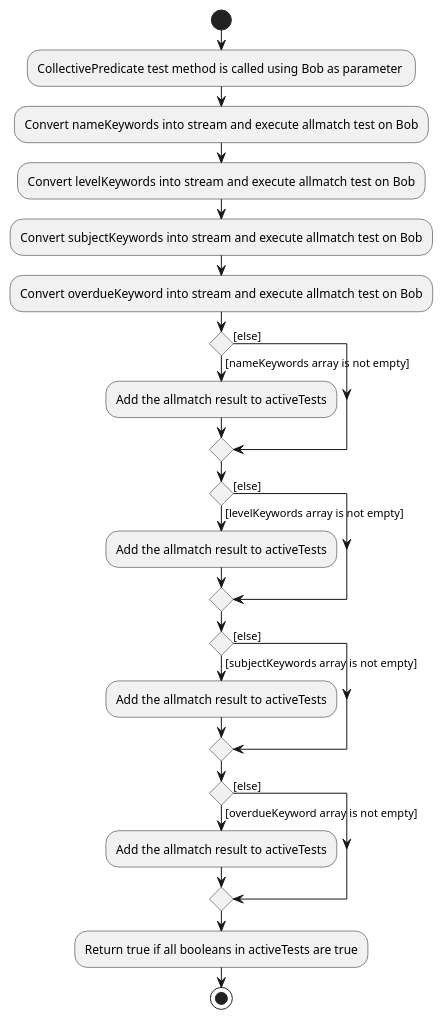
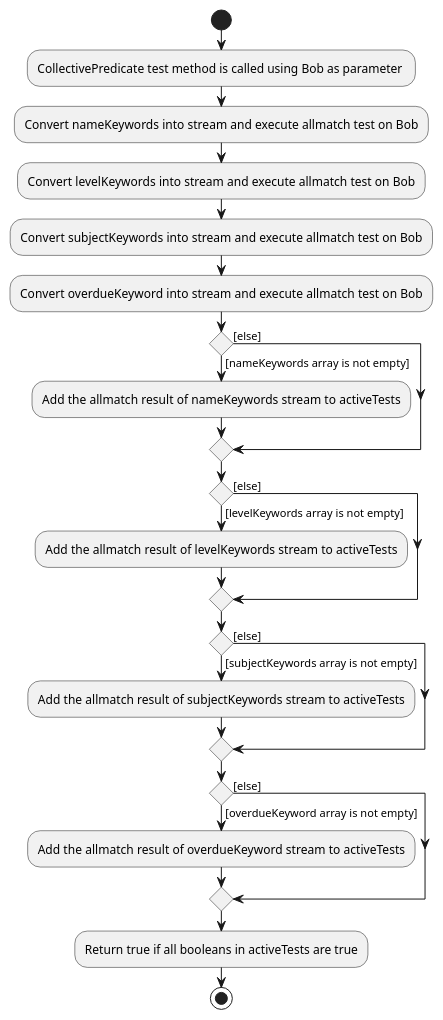
One commit to ykwei7/Track-O changed the diagram in docs/diagrams/CollectivePredicateActivityDiagram.puml. Above: the diagram before and after it, drawn with PlantUML. The commit also changed 3 other files, not shown here.

Commit message:
Update collectivePredicate diagram

```diff
--- a/docs/diagrams/CollectivePredicateActivityDiagram.puml
+++ b/docs/diagrams/CollectivePredicateActivityDiagram.puml
@@ -1,32 +1,32 @@
 @startuml
 
 start
 :CollectivePredicate test method is called using Bob as parameter ;
 :Convert nameKeywords into stream and execute allmatch test on Bob;
 :Convert levelKeywords into stream and execute allmatch test on Bob;
 :Convert subjectKeywords into stream and execute allmatch test on Bob;
 :Convert overdueKeyword into stream and execute allmatch test on Bob;
 if () then ([nameKeywords array is not empty])
-    :Add the allmatch result to activeTests;
+    :Add the allmatch result of nameKeywords stream to activeTests;
 else ([else])
 endif
 
 if () then ([levelKeywords array is not empty])
-    :Add the allmatch result to activeTests;
+    :Add the allmatch result of levelKeywords stream to activeTests;
 else ([else])
 endif
 
 if () then ([subjectKeywords array is not empty])
-    :Add the allmatch result to activeTests;
+    :Add the allmatch result of subjectKeywords stream to activeTests;
 else ([else])
 endif
 
 if () then ([overdueKeyword array is not empty])
-    :Add the allmatch result to activeTests;
+    :Add the allmatch result of overdueKeyword stream to activeTests;
 else ([else])
 endif
 
 :Return true if all booleans in activeTests are true;
 stop
 
 @enduml
```
